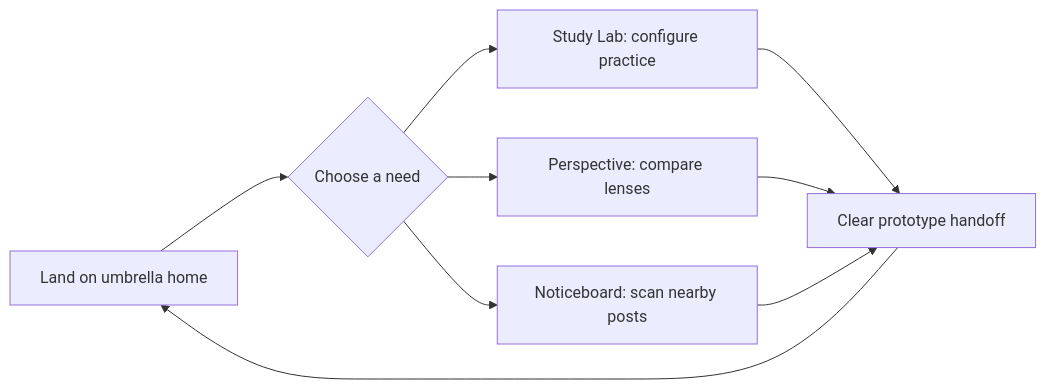
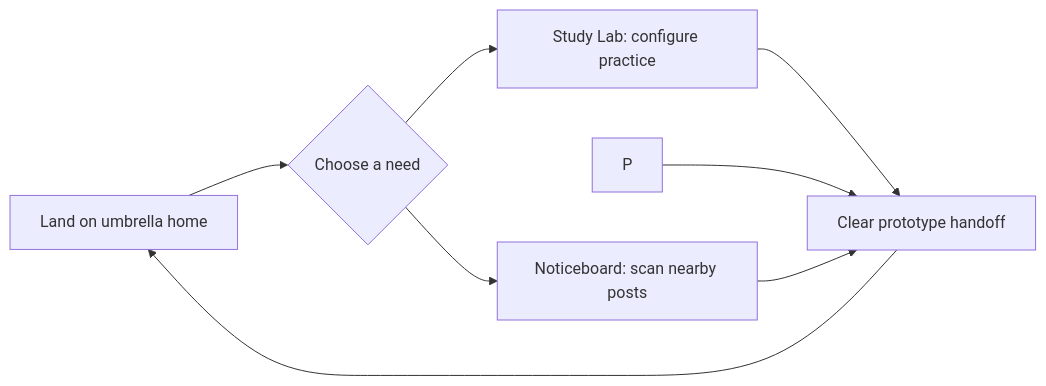
One commit to papershaper07x/papershapers_new changed the first of 2 diagrams in docs/UI_UX_GUIDE.md. Above: the diagram before and after it, drawn with Mermaid. The commit also changed other lines of this file and 96 other files, not shown here.

````diff
--- a/docs/UI_UX_GUIDE.md
+++ b/docs/UI_UX_GUIDE.md
@@ -7,11 +7,10 @@
 ```mermaid
 flowchart LR
   A[Land on umbrella home] --> B{Choose a need}
   B --> S[Study Lab: configure practice]
-  B --> P[Perspective: compare lenses]
   B --> N[Noticeboard: scan nearby posts]
   S --> R[Clear prototype handoff]
   P --> R
   N --> R
   R --> A
 ```
````
